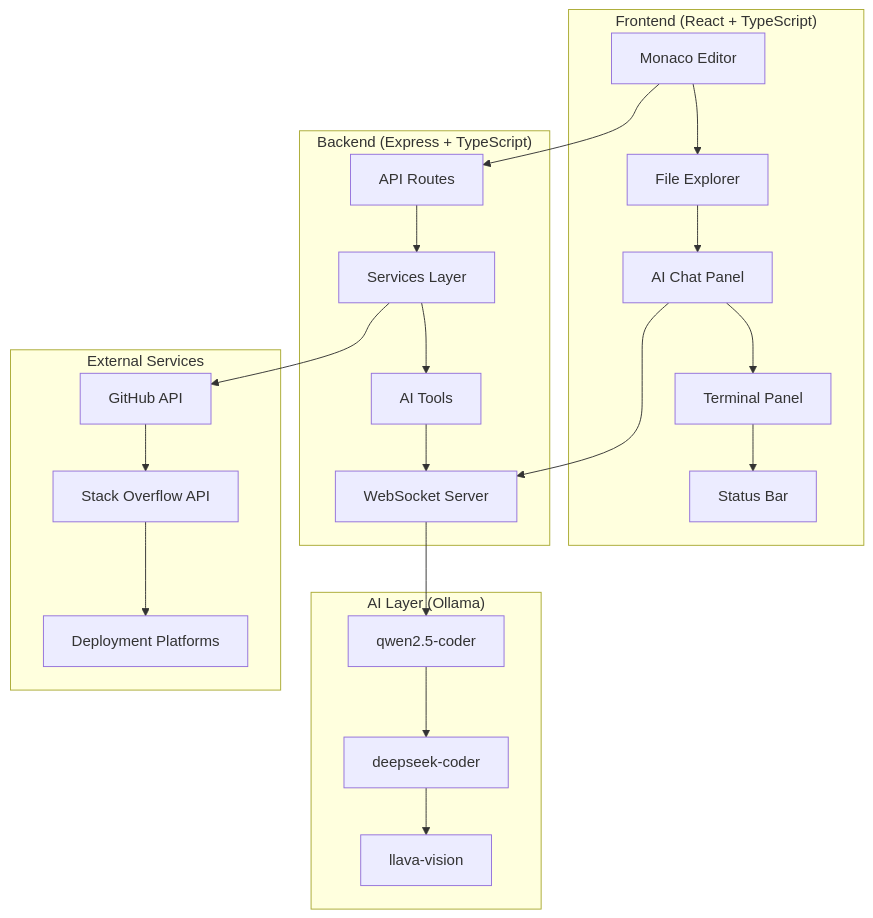
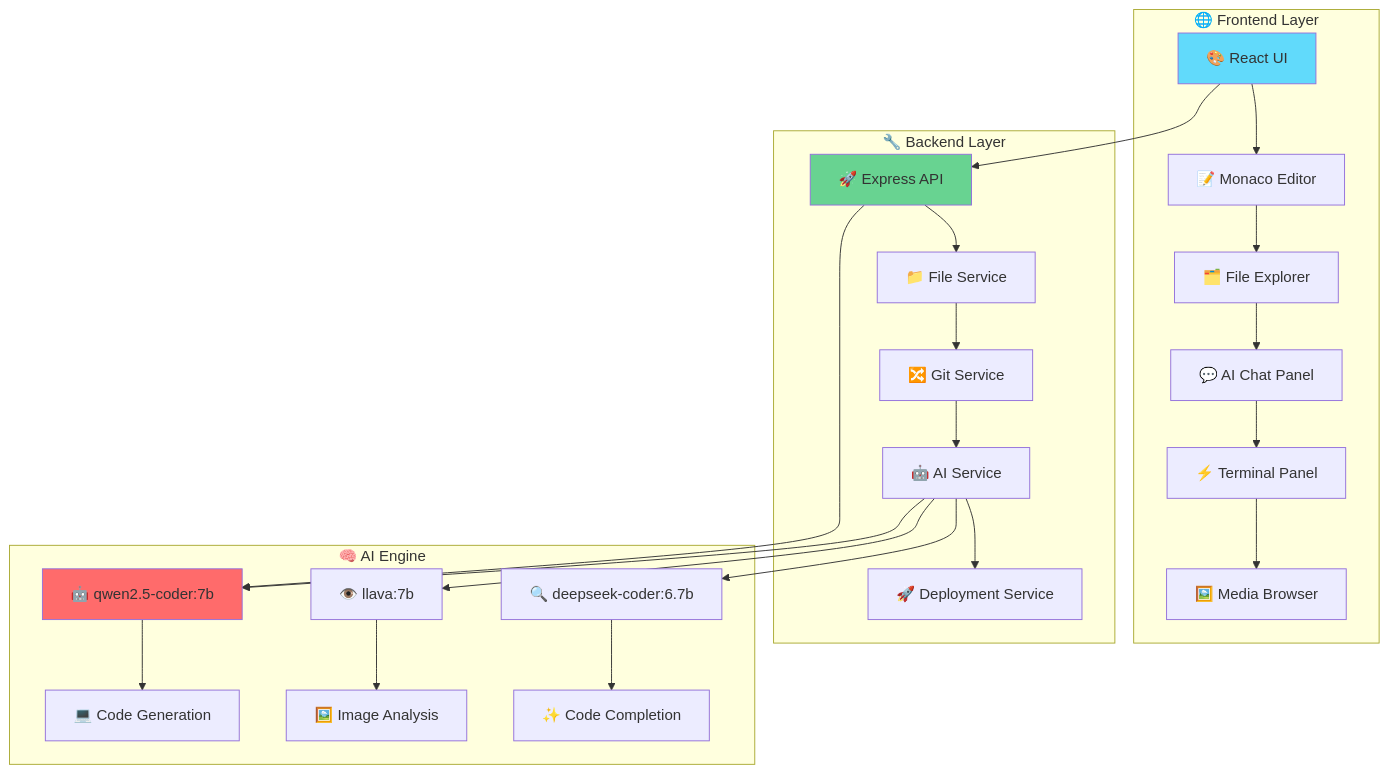
The first of 4 diagrams in README.md (atulyaai/Tantra-IDE), drawn with Mermaid before and after one commit. The commit also changed other lines of this file, not shown here.

````diff
--- a/README.md
+++ b/README.md
@@ -344,30 +113,33 @@
 ```mermaid
 graph TB
-    subgraph "Frontend (React + TypeScript)"
-        A[Monaco Editor] --> B[File Explorer]
-        B --> C[AI Chat Panel]
-        C --> D[Terminal Panel]
-        D --> E[Status Bar]
+    subgraph "🌐 Frontend Layer"
+        A[🎨 React UI] --> B[📝 Monaco Editor]
+        B --> C[🗂️ File Explorer]
+        C --> D[💬 AI Chat Panel]
+        D --> E[⚡ Terminal Panel]
+        E --> F[🖼️ Media Browser]
     end
     
-    subgraph "Backend (Express + TypeScript)"
-        F[API Routes] --> G[Services Layer]
-        G --> H[AI Tools]
-        H --> I[WebSocket Server]
+    subgraph "🔧 Backend Layer"
+        G[🚀 Express API] --> H[📁 File Service]
+        H --> I[🔀 Git Service]
+        I --> J[🤖 AI Service]
+        J --> K[🚀 Deployment Service]
     end
     
-    subgraph "AI Layer (Ollama)"
-        J[qwen2.5-coder] --> K[deepseek-coder]
-        K --> L[llava-vision]
+    subgraph "🧠 AI Engine"
+        L[🤖 qwen2.5-coder:7b] --> M[💻 Code Generation]
+        N[👁️ llava:7b] --> O[🖼️ Image Analysis]
+        P[🔍 deepseek-coder:6.7b] --> Q[✨ Code Completion]
     end
     
-    subgraph "External Services"
-        M[GitHub API] --> N[Stack Overflow API]
-        N --> O[Deployment Platforms]
-    end
+    A --> G
+    G --> L
+    J --> L
+    J --> N
+    J --> P
     
-    A --> F
-    C --> I
-    I --> J
-    G --> M
+    style A fill:#61dafb
+    style G fill:#68d391
+    style L fill:#ff6b6b
 ```
````
